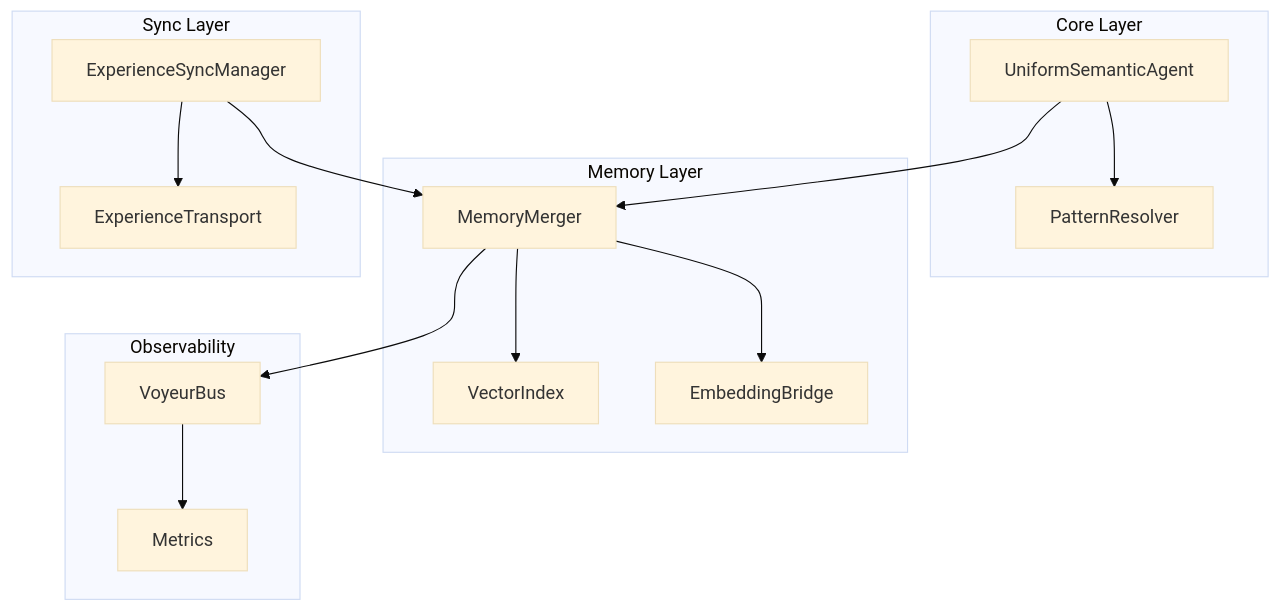
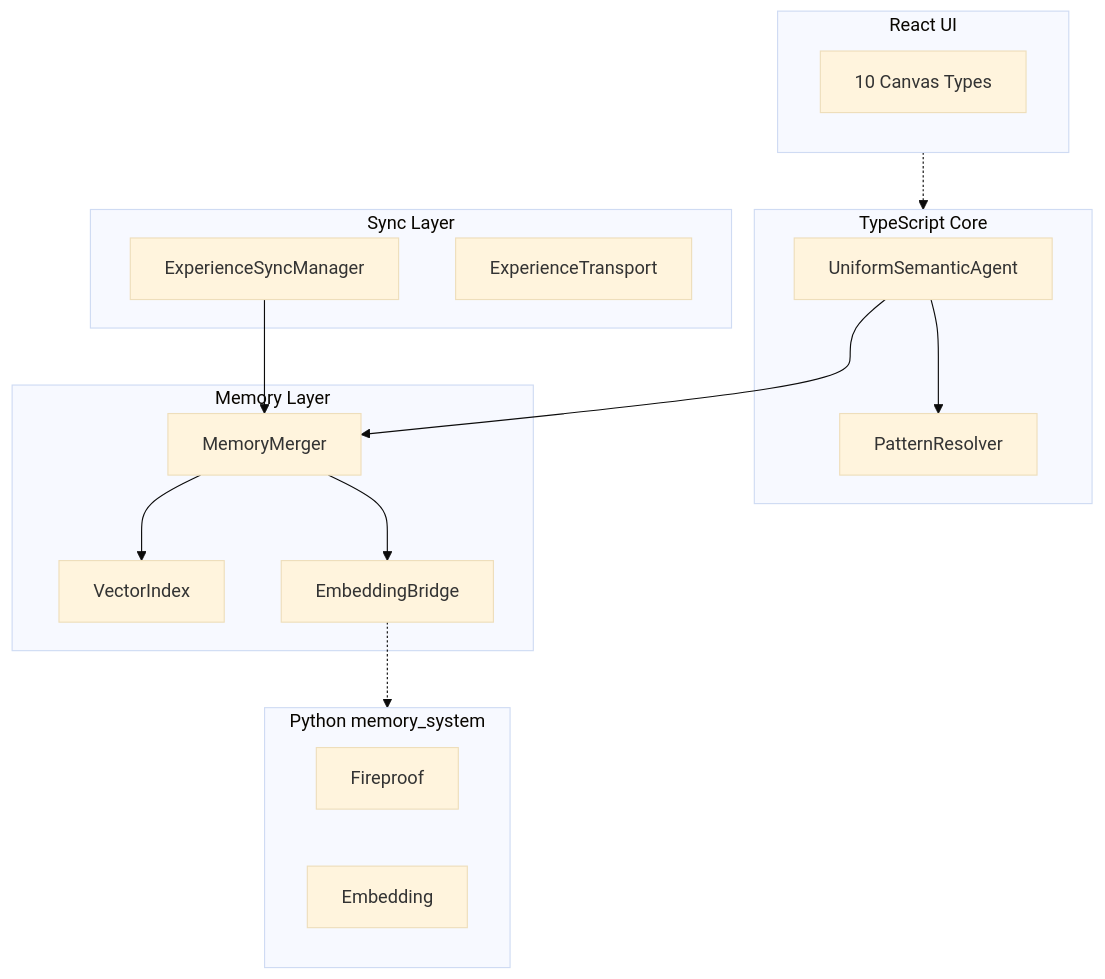
The second of 2 diagrams in README.md (Replicant-Partners/Chrysalis), drawn with Mermaid (base theme) before and after one commit. The commit also changed other lines of this file and 398 other files, not shown here.

````diff
--- a/README.md
+++ b/README.md
@@ -186,32 +181,35 @@
 ```mermaid
 flowchart TB
-    subgraph Core["Core Layer"]
+    subgraph Core[TypeScript Core]
         USA[UniformSemanticAgent]
         PR[PatternResolver]
     end
 
-    subgraph Memory["Memory Layer"]
+    subgraph Memory[Memory Layer]
         MM[MemoryMerger]
         VIF[VectorIndex]
         EB[EmbeddingBridge]
     end
 
-    subgraph Sync["Sync Layer"]
+    subgraph Sync[Sync Layer]
         ESM[ExperienceSyncManager]
         ET[ExperienceTransport]
     end
 
-    subgraph Obs["Observability"]
-        VB[VoyeurBus]
-        MET[Metrics]
+    subgraph Python[Python memory_system]
+        FP[Fireproof]
+        EMB[Embedding]
+    end
+
+    subgraph UI[React UI]
+        CVS[10 Canvas Types]
     end
 
     USA --> PR
     USA --> MM
     MM --> VIF
     MM --> EB
-    MM --> VB
     ESM --> MM
-    ESM --> ET
-    VB --> MET
+    EB -.-> Python
+    UI -.-> Core
 ```
````
